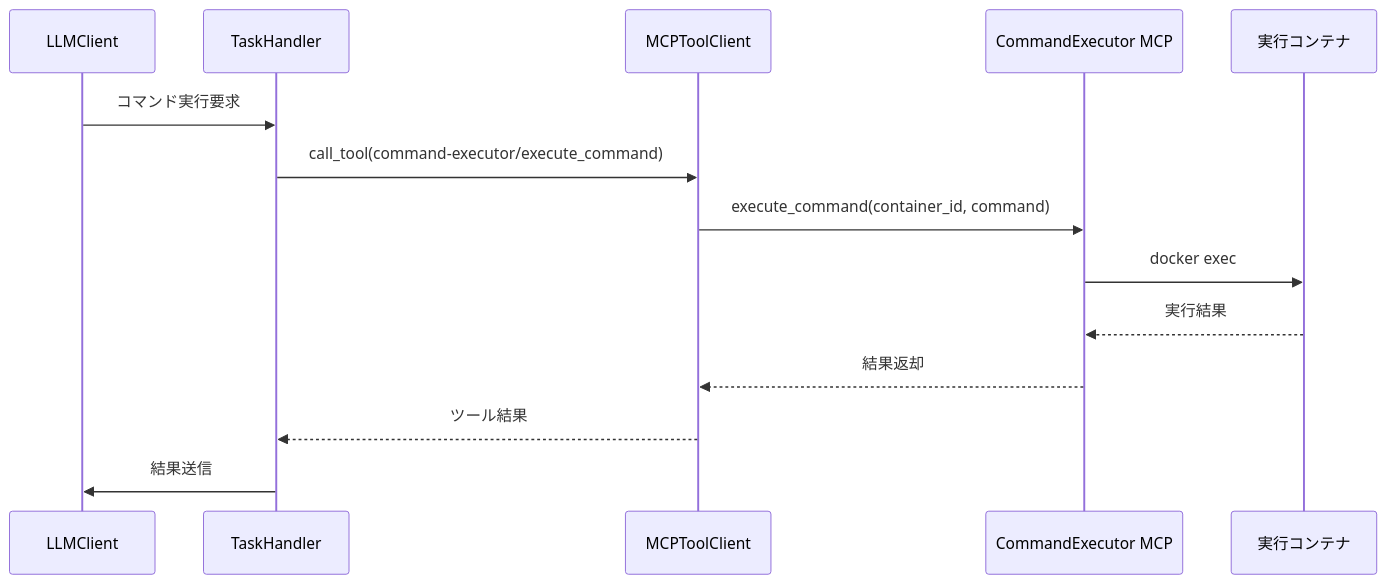
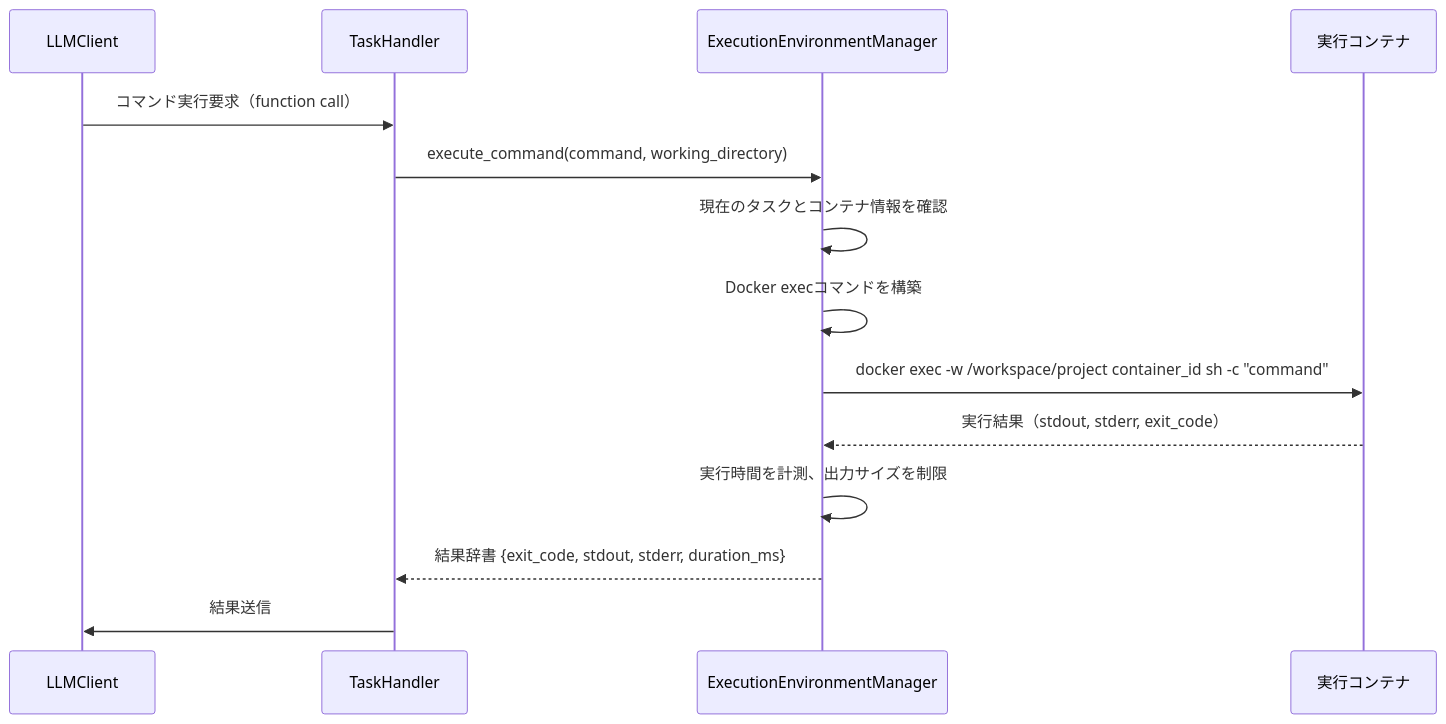
One commit to notfolder/coding_agent changed the fifth of 11 diagrams in docs/spec/COMMAND_EXECUTOR_MCP_SPECIFICATION.md. Above: the diagram before and after it, drawn with Mermaid. The commit also changed other lines of this file and 19 other files, not shown here.

````diff
--- a/docs/spec/COMMAND_EXECUTOR_MCP_SPECIFICATION.md
+++ b/docs/spec/COMMAND_EXECUTOR_MCP_SPECIFICATION.md
@@ -371,17 +435,17 @@
 ```mermaid
 sequenceDiagram
     participant LLM as LLMClient
     participant TH as TaskHandler
-    participant MCP as MCPToolClient
-    participant CE as CommandExecutor MCP
+    participant EM as ExecutionEnvironmentManager
     participant Container as 実行コンテナ
 
-    LLM->>TH: コマンド実行要求
-    TH->>MCP: call_tool(command-executor/execute_command)
-    MCP->>CE: execute_command(container_id, command)
-    CE->>Container: docker exec
-    Container-->>CE: 実行結果
-    CE-->>MCP: 結果返却
-    MCP-->>TH: ツール結果
+    LLM->>TH: コマンド実行要求（function call）
+    TH->>EM: execute_command(command, working_directory)
+    EM->>EM: 現在のタスクとコンテナ情報を確認
+    EM->>EM: Docker execコマンドを構築
+    EM->>Container: docker exec -w /workspace/project container_id sh -c "command"
+    Container-->>EM: 実行結果（stdout, stderr, exit_code）
+    EM->>EM: 実行時間を計測、出力サイズを制限
+    EM-->>TH: 結果辞書 {exit_code, stdout, stderr, duration_ms}
     TH->>LLM: 結果送信
 ```
````
